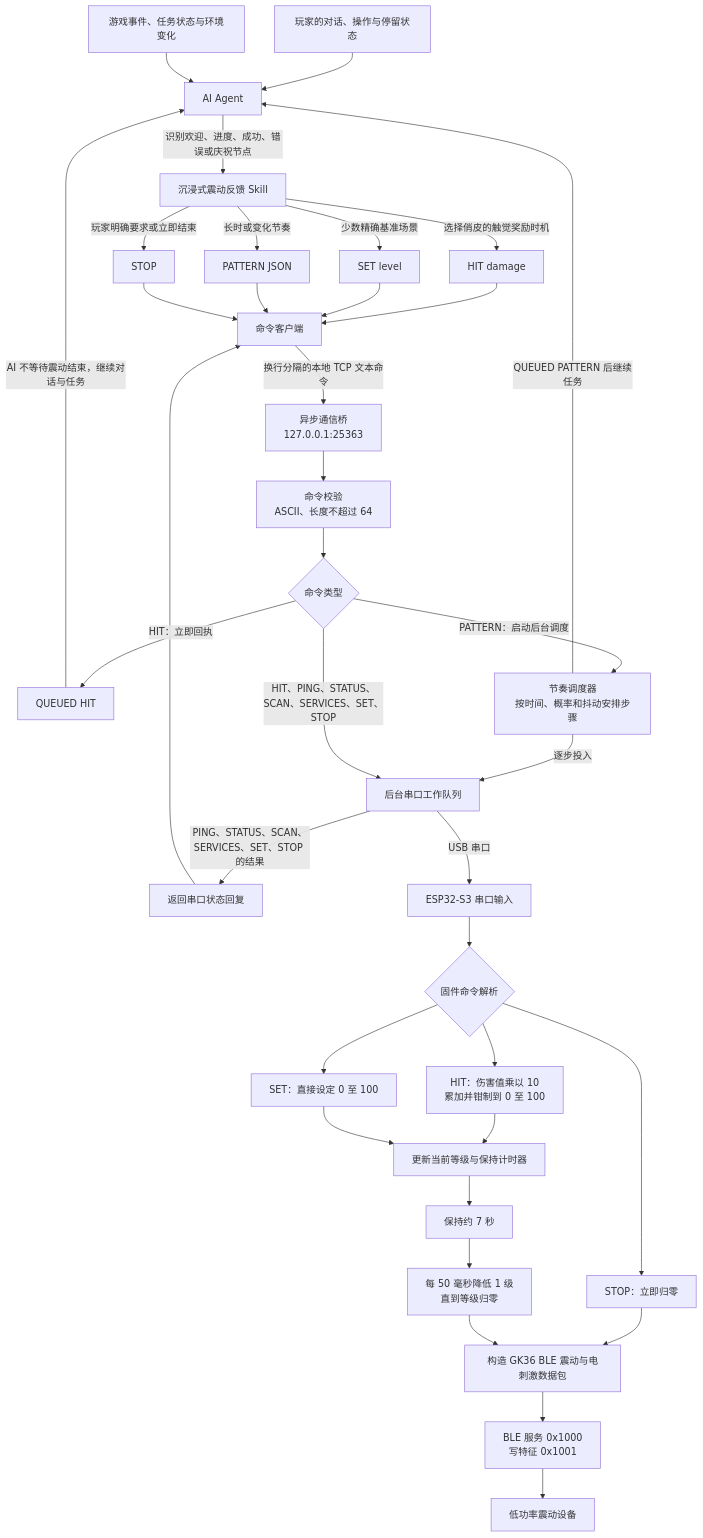
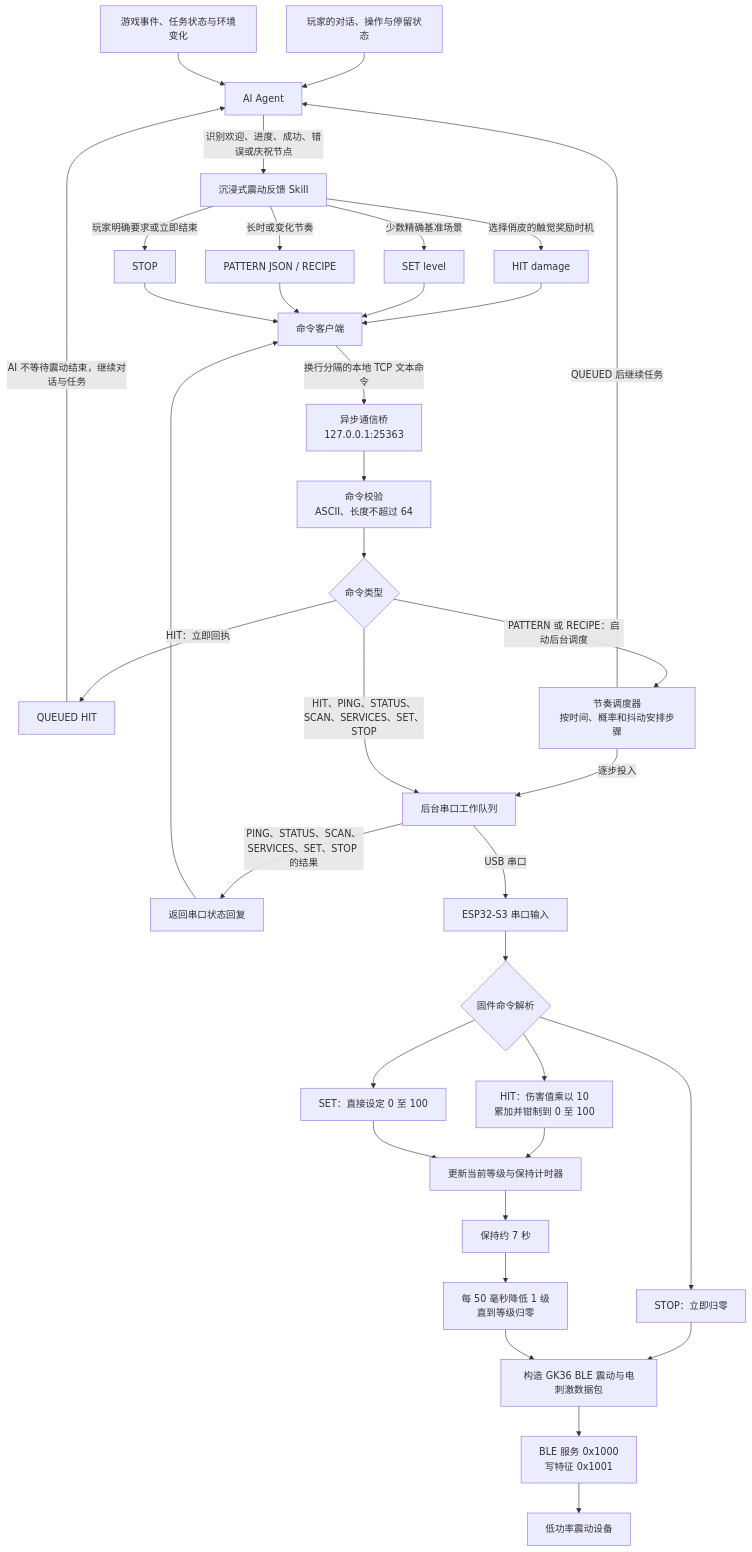
One commit to ra1nyxin/immersive-vibration-response-skill changed the diagram in README.md. Above: the diagram before and after it, drawn with Mermaid. The commit also changed other lines of this file and 5 other files, not shown here.

````diff
--- a/README.md
+++ b/README.md
@@ -11,38 +11,38 @@
 ```mermaid
 flowchart TD
     P[玩家的对话、操作与停留状态] --> A[AI Agent]
     G[游戏事件、任务状态与环境变化] --> A
     A -->|识别欢迎、进度、成功、错误或庆祝节点| S[沉浸式震动反馈 Skill]
     S -->|选择俏皮的触觉奖励时机| H[HIT damage]
     S -->|少数精确基准场景| T[SET level]
-    S -->|长时或变化节奏| PT[PATTERN JSON]
+    S -->|长时或变化节奏| PT[PATTERN JSON / RECIPE]
     S -->|玩家明确要求或立即结束| X[STOP]
     H --> C[命令客户端]
     T --> C
     PT --> C
     X --> C
     C -->|换行分隔的本地 TCP 文本命令| B[异步通信桥\n127.0.0.1:25363]
     B --> V[命令校验\nASCII、长度不超过 64]
     V --> Q{命令类型}
     Q -->|HIT：立即回执| R[QUEUED HIT]
     R -->|AI 不等待震动结束，继续对话与任务| A
-    Q -->|PATTERN：启动后台调度| PS[节奏调度器\n按时间、概率和抖动安排步骤]
-    PS -->|QUEUED PATTERN 后继续任务| A
+    Q -->|PATTERN 或 RECIPE：启动后台调度| PS[节奏调度器\n按时间、概率和抖动安排步骤]
+    PS -->|QUEUED 后继续任务| A
     PS -->|逐步投入| W[后台串口工作队列]
     Q -->|HIT、PING、STATUS、SCAN、SERVICES、SET、STOP| W
     W -->|PING、STATUS、SCAN、SERVICES、SET、STOP 的结果| K[返回串口状态回复]
     K --> C
     W -->|USB 串口| U[ESP32-S3 串口输入]
     U --> F{固件命令解析}
     F --> M1[HIT：伤害值乘以 10\n累加并钳制到 0 至 100]
     F --> M2[SET：直接设定 0 至 100]
     F --> M3[STOP：立即归零]
     M1 --> Y[更新当前等级与保持计时器]
     M2 --> Y
     M3 --> J[构造 GK36 BLE 震动与电刺激数据包]
     Y --> Z[保持约 7 秒]
     Z --> D[每 50 毫秒降低 1 级\n直到等级归零]
     D --> J
     J --> N[BLE 服务 0x1000\n写特征 0x1001]
     N --> O[低功率震动设备]
 ```
````
